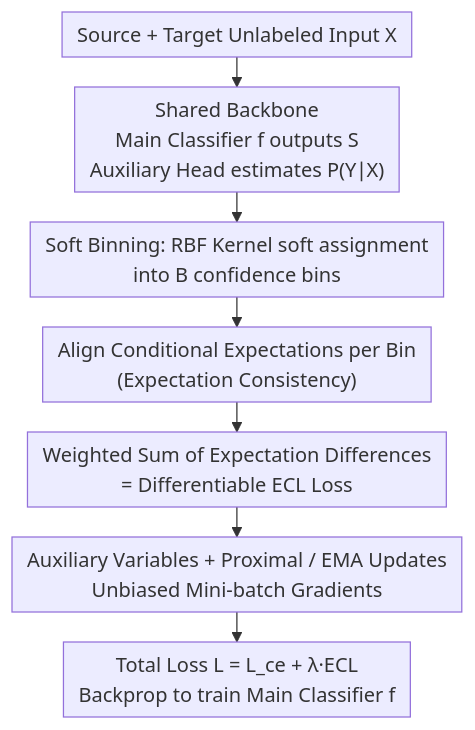
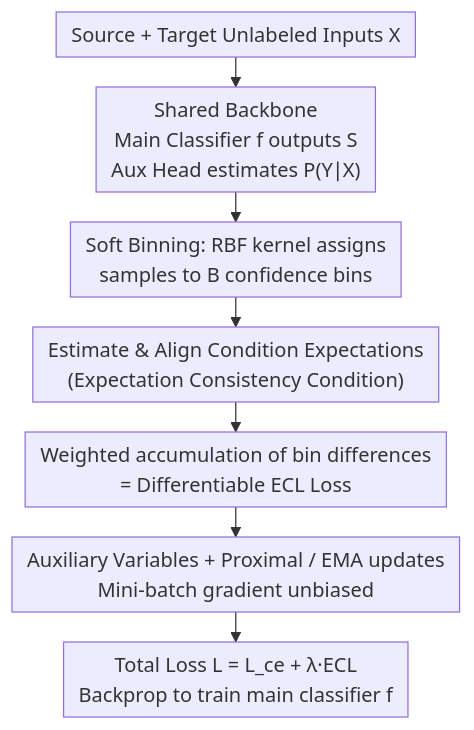
One commit to zhaoyang97/Paper-Notes-en changed the diagram in docs/ICML2026/learning_theory/expectation_consistency_loss_rethink_confidence_calibration_under_covariate_shif.md. Above: the diagram before and after it, drawn with Mermaid. The commit also changed other lines of this file and 5084 other files, not shown here.

````diff
--- a/docs/ICML2026/learning_theory/expectation_consistency_loss_rethink_confidence_calibration_under_covariate_shif.md
+++ b/docs/ICML2026/learning_theory/expectation_consistency_loss_rethink_confidence_calibration_under_covariate_shif.md
@@ -44,10 +44,10 @@
 ```mermaid
 %%{init: {'flowchart': {'rankSpacing': 24, 'nodeSpacing': 28, 'padding': 6, 'wrappingWidth': 400}}}%%
 flowchart TD
-    A["Source + Target Unlabeled Input X"] --> B["Shared Backbone<br/>Main Classifier f outputs S<br/>Auxiliary Head estimates P(Y∣X)"]
-    B --> C["Soft Binning: RBF Kernel soft assignment<br/>into B confidence bins"]
-    C --> D["Align Conditional Expectations per Bin<br/>(Expectation Consistency)"]
-    D --> E["Weighted Sum of Expectation Differences<br/>= Differentiable ECL Loss"]
-    E --> F["Auxiliary Variables + Proximal / EMA Updates<br/>Unbiased Mini-batch Gradients"]
-    F --> G["Total Loss L = L_ce + λ·ECL<br/>Backprop to train Main Classifier f"]
+    A["Source + Target Unlabeled Inputs X"] --> B["Shared Backbone<br/>Main Classifier f outputs S<br/>Aux Head estimates P(Y∣X)"]
+    B --> C["Soft Binning: RBF kernel assigns<br/>samples to B confidence bins"]
+    C --> D["Estimate & Align Condition Expectations<br/>(Expectation Consistency Condition)"]
+    D --> E["Weighted accumulation of bin differences<br/>= Differentiable ECL Loss"]
+    E --> F["Auxiliary Variables + Proximal / EMA updates<br/>Mini-batch gradient unbiased"]
+    F --> G["Total Loss L = L_ce + λ·ECL<br/>Backprop to train main classifier f"]
 ```
````
